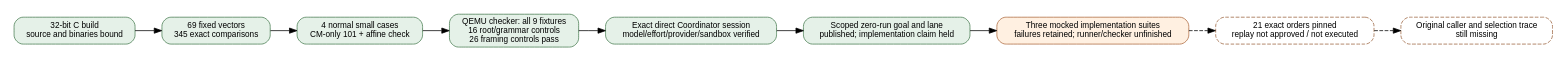
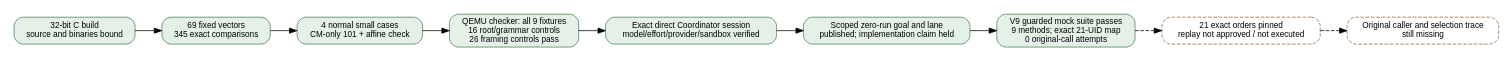
Before and after one commit to aburan28/crypto-autoresearcher: the diagram in research/nist_seed_ecpp_compat_20261024/admission.dot, drawn with Graphviz. The commit also changed 62 other files, not shown here.

Commit message:
Preserve guarded NIST cohort implementation attempts and artifact gate diagnosis

```diff
--- a/research/nist_seed_ecpp_compat_20261024/admission.dot
+++ b/research/nist_seed_ecpp_compat_20261024/admission.dot
@@ -1,15 +1,15 @@
 digraph Admission {
   graph [rankdir=LR,bgcolor="white",fontname="Helvetica",pad="0.15"];
   node [shape=box,style="rounded,filled",fillcolor="#e5f1e8",color="#457a4e",fontname="Helvetica",fontsize=11];
   build [label="32-bit C build\nsource and binaries bound"];
   arithmetic [label="69 fixed vectors\n345 exact comparisons"];
   small [label="4 normal small cases\nCM-only 101 + affine check"];
   checker [label="QEMU checker: all 9 fixtures\n16 root/grammar controls\n26 framing controls pass",fillcolor="#e5f1e8",color="#457a4e"];
   coordinator [label="Exact direct Coordinator session\nmodel/effort/provider/sandbox verified"];
   lane [label="Scoped zero-run goal and lane\npublished; implementation claim held"];
-  implementation [label="Three mocked implementation suites\nfailures retained; runner/checker unfinished",fillcolor="#fff0e1",color="#ac683b"];
+  implementation [label="V9 guarded mock suite passes\n9 methods; exact 21-UID map\n0 original-call attempts"];
   cohort [label="21 exact orders pinned\nreplay not approved / not executed",style="rounded,dashed",fillcolor="white",color="#99613c"];
   history [label="Original caller and selection trace\nstill missing",style="rounded,dashed",fillcolor="white",color="#99613c"];
   build -> arithmetic; arithmetic -> small; small -> checker;
   checker -> coordinator; coordinator -> lane; lane -> implementation; implementation -> cohort [style=dashed];cohort -> history [style=dashed];
 }
```
